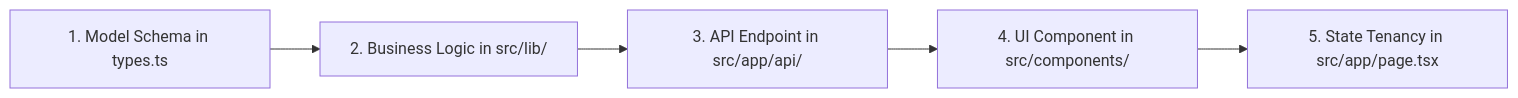
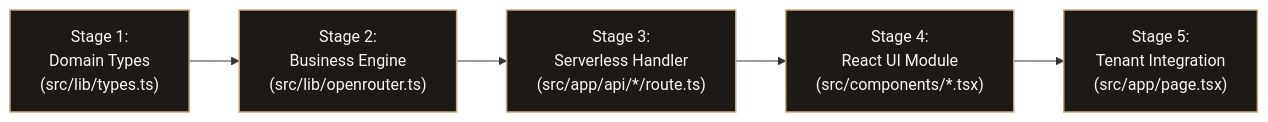
One commit to SmartyGamerZYT/VibeCheck-AI changed the first of 3 diagrams in Docs/feature Development.md. Above: the diagram before and after it, drawn with Mermaid. The commit also changed other lines of this file and 14 other files, not shown here.

````diff
--- a/Docs/feature Development.md
+++ b/Docs/feature Development.md
@@ -6,7 +19,10 @@
 ```mermaid
-graph LR
-    Step1[1. Model Schema in types.ts] --> Step2[2. Business Logic in src/lib/]
-    Step2 --> Step3[3. API Endpoint in src/app/api/]
-    Step3 --> Step4[4. UI Component in src/components/]
-    Step4 --> Step5[5. State Tenancy in src/app/page.tsx]
+flowchart LR
+    Stage1["Stage 1:<br/>Domain Types<br/>(src/lib/types.ts)"] --> Stage2["Stage 2:<br/>Business Engine<br/>(src/lib/openrouter.ts)"]
+    Stage2 --> Stage3["Stage 3:<br/>Serverless Handler<br/>(src/app/api/*/route.ts)"]
+    Stage3 --> Stage4["Stage 4:<br/>React UI Module<br/>(src/components/*.tsx)"]
+    Stage4 --> Stage5["Stage 5:<br/>Tenant Integration<br/>(src/app/page.tsx)"]
+
+    classDef step fill:#1C1917,stroke:#C5A880,stroke-width:1.5px,color:#FBF8F3;
+    class Stage1,Stage2,Stage3,Stage4,Stage5 step;
 ```
````
